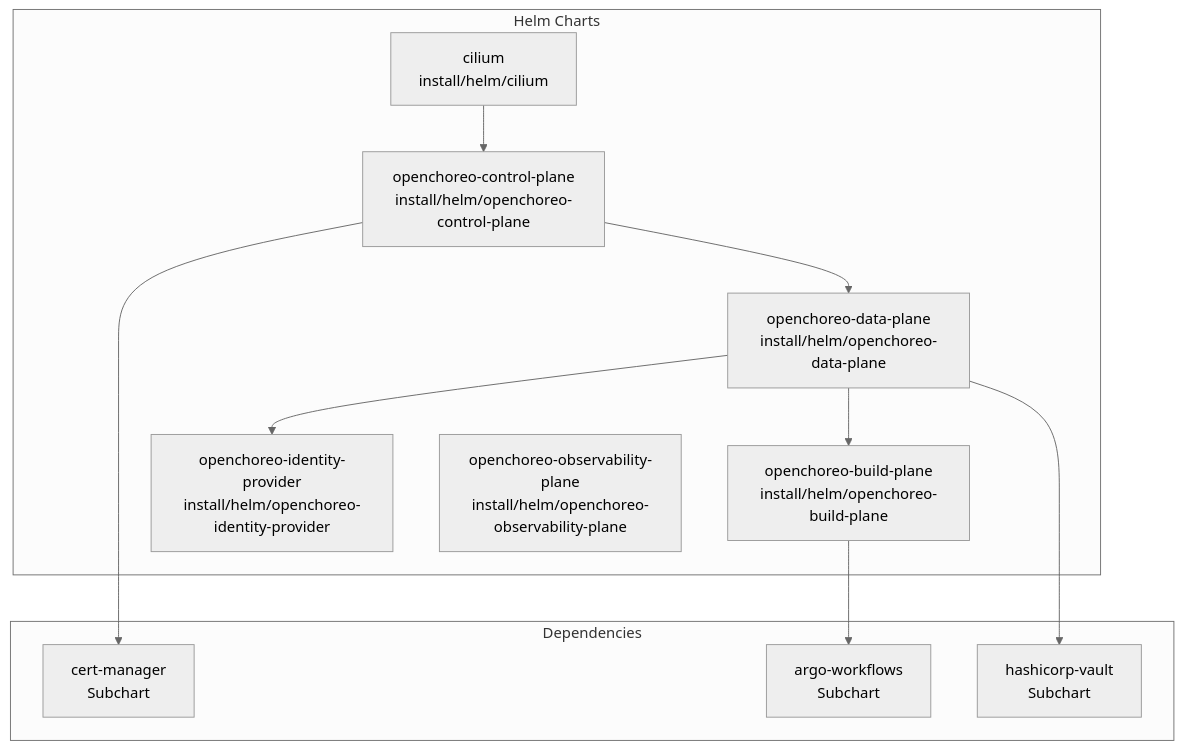
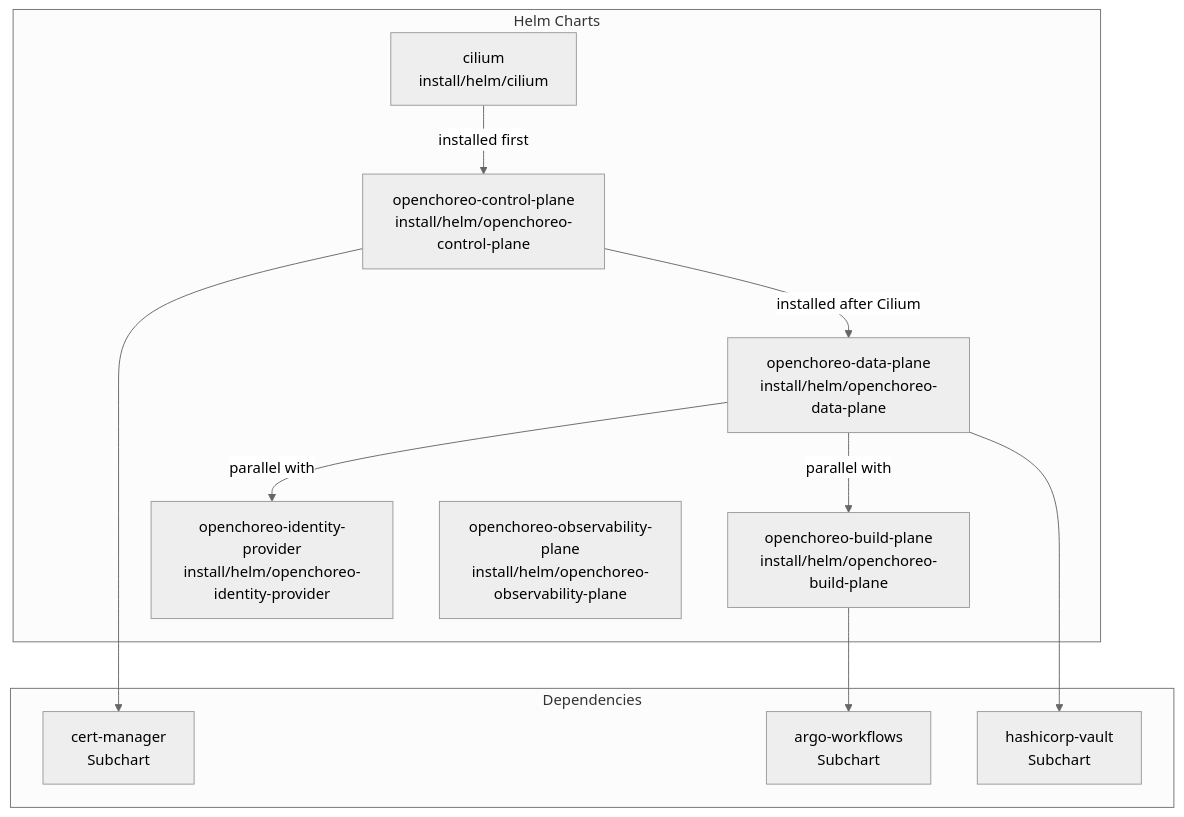
The second of 5 diagrams in docs/deepwiki/Installation-and-Setup.md (openchoreo/openchoreo), drawn with Mermaid (neutral theme) before and after one commit. The commit also changed other lines of this file and 85 other files, not shown here.

Commit message:
feat: Add new workflow and specification templates, update Helm chart dependencies, and clarify documentation diagrams.

````diff
--- a/docs/deepwiki/Installation-and-Setup.md
+++ b/docs/deepwiki/Installation-and-Setup.md
@@ -167,36 +167,36 @@
 ```mermaid
 flowchart TD
 
 CP["openchoreo-control-plane<br>install/helm/openchoreo-control-plane"]
 DP["openchoreo-data-plane<br>install/helm/openchoreo-data-plane"]
 BP["openchoreo-build-plane<br>install/helm/openchoreo-build-plane"]
 IDP["openchoreo-identity-provider<br>install/helm/openchoreo-identity-provider"]
 OBS["openchoreo-observability-plane<br>install/helm/openchoreo-observability-plane"]
 CIL["cilium<br>install/helm/cilium"]
 CertMgr["cert-manager<br>Subchart"]
 ArgoWF["argo-workflows<br>Subchart"]
 VaultChart["hashicorp-vault<br>Subchart"]
 
 CP --> CertMgr
 DP --> VaultChart
 BP --> ArgoWF
 
 subgraph Dependencies ["Dependencies"]
     CertMgr
     ArgoWF
     VaultChart
 end
 
 subgraph subGraph0 ["Helm Charts"]
     CP
     DP
     BP
     IDP
     OBS
     CIL
-    CIL --> CP
-    CP --> DP
-    DP --> BP
-    DP --> IDP
+    CIL -->|"installed first"| CP
+    CP -->|"installed after Cilium"| DP
+    DP -->|"parallel with"| BP
+    DP -->|"parallel with"| IDP
 end
 ```
````
